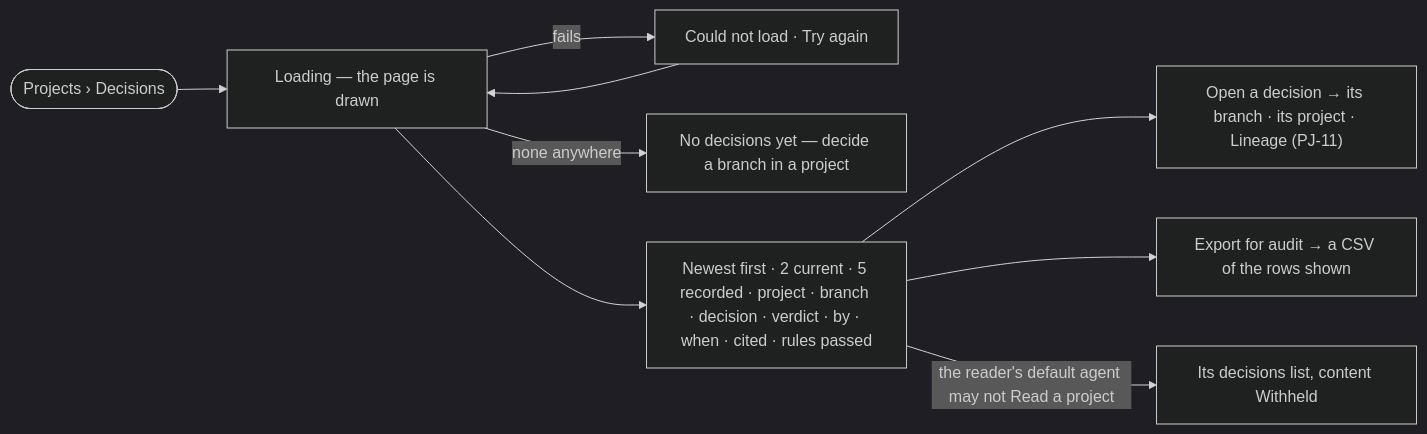
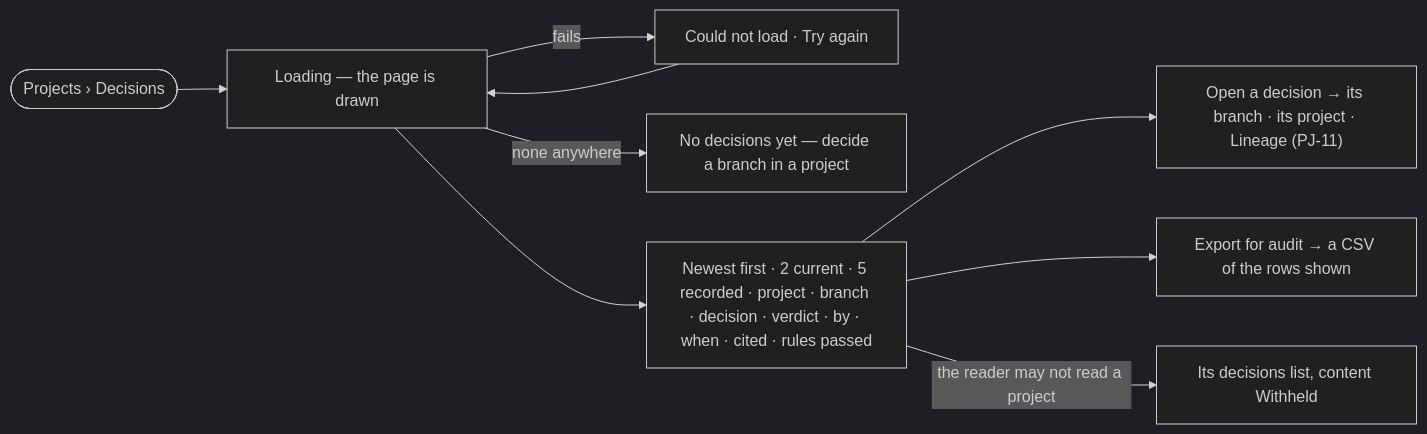
Before and after one commit to invana/invana: the diagram in specs/capabilities/projects/features/PJ-F03-branches-findings-and-decisions/stories/PJ-13-audit-every-decision-in-one-place/story.md, drawn with Mermaid (dark theme). The commit also changed other lines of this file and 106 other files, not shown here.

````diff
--- a/specs/capabilities/projects/features/PJ-F03-branches-findings-and-decisions/stories/PJ-13-audit-every-decision-in-one-place/story.md
+++ b/specs/capabilities/projects/features/PJ-F03-branches-findings-and-decisions/stories/PJ-13-audit-every-decision-in-one-place/story.md
@@ -29,10 +29,10 @@
 ```mermaid
 flowchart LR
   s([Projects › Decisions]) --> load["Loading — the page is drawn"]
   load -->|fails| f["Could not load · Try again"] --> load
   load -->|none anywhere| e["No decisions yet — decide a branch in a project"]
   load --> l["Newest first · 2 current · 5 recorded · project · branch · decision · verdict · by · when · cited · rules passed"]
   l --> o["Open a decision → its branch · its project · Lineage (PJ-11)"]
   l --> x["Export for audit → a CSV of the rows shown"]
-  l -->|the reader's default agent may not Read a project| h["Its decisions list, content Withheld"]
+  l -->|the reader may not read a project| h["Its decisions list, content Withheld"]
 ```
````
